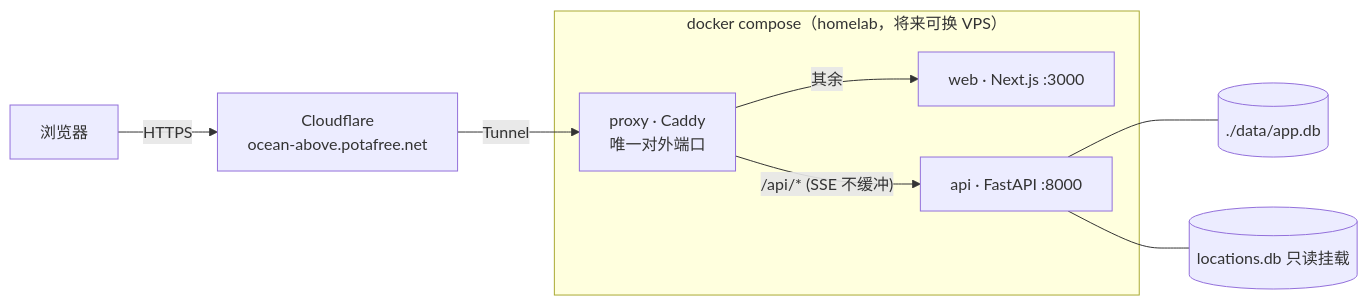
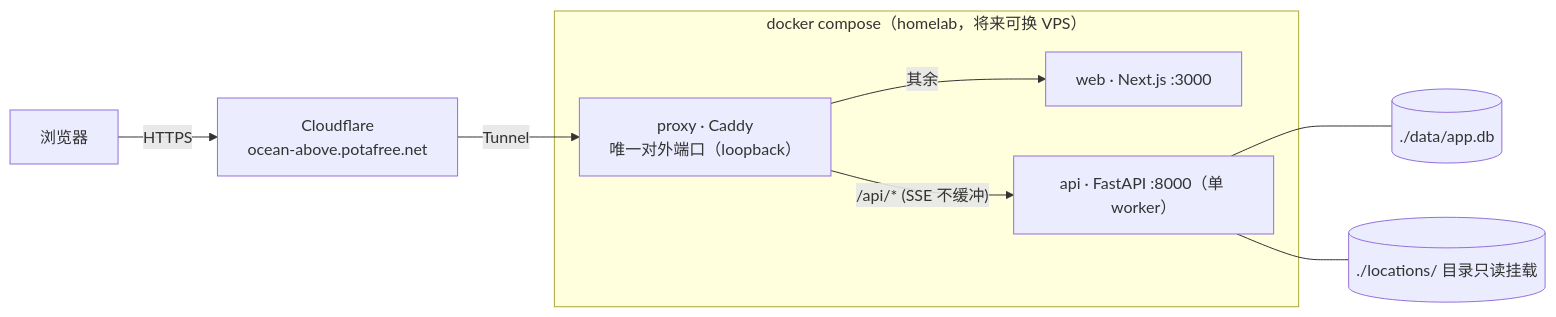
Before and after one commit to chux0519/ocean-above: the seventh of 7 diagrams in docs/design/design.md, drawn with Mermaid. The commit also changed other lines of this file and 8 other files, not shown here.

````diff
--- a/docs/design/design.md
+++ b/docs/design/design.md
@@ -462,14 +481,14 @@
 ```mermaid
 flowchart LR
   User["浏览器"] -->|HTTPS| CF["Cloudflare<br/>ocean-above.potafree.net"]
   CF -->|Tunnel| Proxy
   subgraph Compose["docker compose（homelab，将来可换 VPS）"]
-    Proxy["proxy · Caddy<br/>唯一对外端口"]
+    Proxy["proxy · Caddy<br/>唯一对外端口（loopback）"]
     Web["web · Next.js :3000"]
-    Api["api · FastAPI :8000"]
+    Api["api · FastAPI :8000（单 worker）"]
     Proxy -->|"/api/* (SSE 不缓冲)"| Api
     Proxy -->|"其余"| Web
   end
   Api --- Vol[("./data/app.db")]
-  Api --- LDB[("locations.db 只读挂载")]
+  Api --- LDB[("./locations/ 目录只读挂载")]
 ```
````
